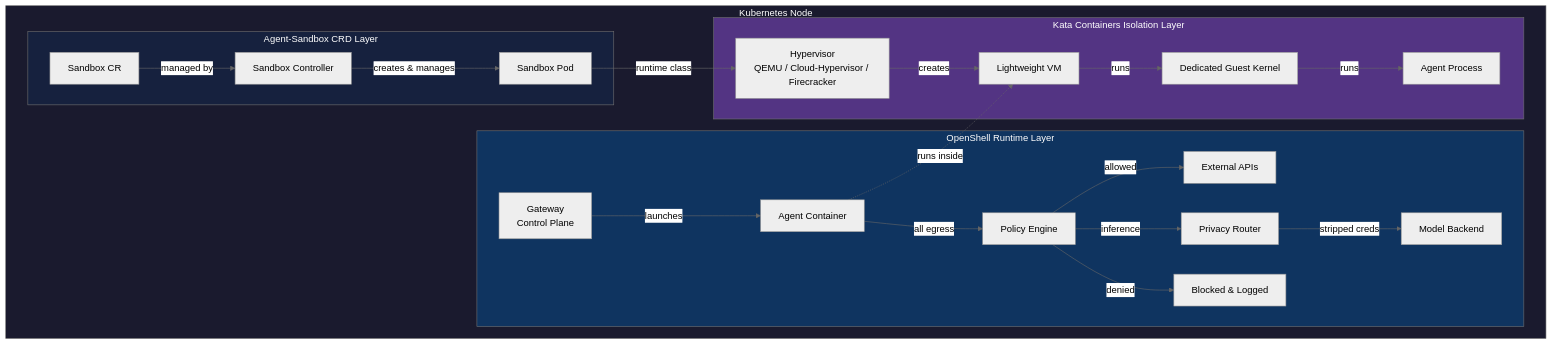
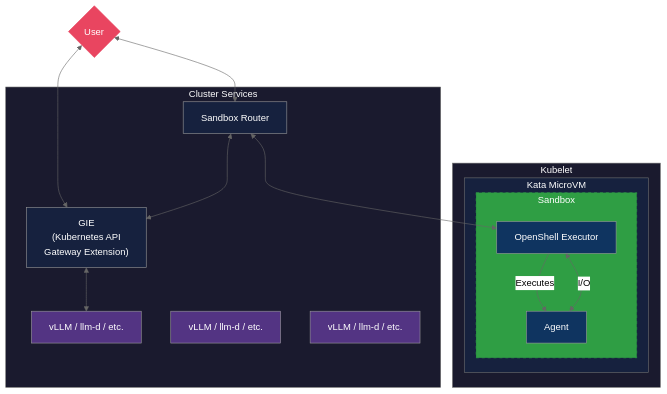
Before and after one commit to aegeiger/sandboxing-layers-presentation: the first of 2 diagrams in agent-sandboxing-in-kubernetes.md, drawn with Mermaid (neutral theme). The commit also changed other lines of this file and 1 other file, not shown here.

Commit message:
prettier overview

````diff
--- a/agent-sandboxing-in-kubernetes.md
+++ b/agent-sandboxing-in-kubernetes.md
@@ -24,41 +24,42 @@
 ```mermaid
 graph TB
-    subgraph Host["Kubernetes Node"]
+    User{User}
 
-        subgraph AgentSandbox["Agent-Sandbox CRD Layer"]
-            SB[Sandbox CR]
-            CTRL[Sandbox Controller]
-            SB -->|managed by| CTRL
-            CTRL -->|creates & manages| POD[Sandbox Pod]
+    subgraph Kubelet["Kubelet"]
+        subgraph KataMicroVM["Kata MicroVM"]
+            subgraph Sandbox["Sandbox"]
+                Agent[Agent]
+                Executor[OpenShell Executor]
+                Executor -->|Executes| Agent
+                Agent <-->|I/O| Executor
+            end
         end
-
-        subgraph OpenShell["OpenShell Runtime Layer"]
-            GW[Gateway<br/>Control Plane]
-            PE[Policy Engine]
-            PR[Privacy Router]
-            GW -->|launches| CONTAINER[Agent Container]
-            CONTAINER -->|all egress| PE
-            PE -->|allowed| EXTERNAL[External APIs]
-            PE -->|inference| PR
-            PR -->|stripped creds| MODEL[Model Backend]
-            PE -->|denied| BLOCKED[Blocked & Logged]
-        end
-
-        subgraph Kata["Kata Containers Isolation Layer"]
-            VMM[Hypervisor<br/>QEMU / Cloud-Hypervisor / Firecracker]
-            GUEST[Lightweight VM]
-            KERNEL[Dedicated Guest Kernel]
-            VMM -->|creates| GUEST
-            GUEST -->|runs| KERNEL
-            KERNEL -->|runs| AGENT[Agent Process]
-        end
-
-        POD -->|runtime class| VMM
-        CONTAINER -.->|runs inside| GUEST
     end
 
-    style Host fill:#1a1a2e,color:#fff
-    style AgentSandbox fill:#16213e,color:#fff
-    style OpenShell fill:#0f3460,color:#fff
-    style Kata fill:#533483,color:#fff
+    subgraph Infra["Cluster Services"]
+        Router[Sandbox Router]
+        GIE["GIE\n(Kubernetes API\nGateway Extension)"]
+        vLLM1[vLLM / llm-d / etc.]
+        vLLM2[vLLM / llm-d / etc.]
+        vLLM3[vLLM / llm-d / etc.]
+    end
+
+    User <--> Router
+    User <--> GIE
+    Router <--> Executor
+    Router <--> GIE
+    GIE <--> vLLM1
+
+    style User fill:#e94560,color:#fff,stroke:#e94560
+    style Kubelet fill:#1a1a2e,color:#fff
+    style KataMicroVM fill:#16213e,color:#fff
+    style Sandbox fill:#2f9e44,color:#fff,stroke:#2f9e44,stroke-dasharray:5 5
+    style Agent fill:#0f3460,color:#fff
+    style Executor fill:#0f3460,color:#fff
+    style Infra fill:#1a1a2e,color:#fff
+    style Router fill:#16213e,color:#fff
+    style GIE fill:#16213e,color:#fff
+    style vLLM1 fill:#533483,color:#fff
+    style vLLM2 fill:#533483,color:#fff
+    style vLLM3 fill:#533483,color:#fff
 ```
````
